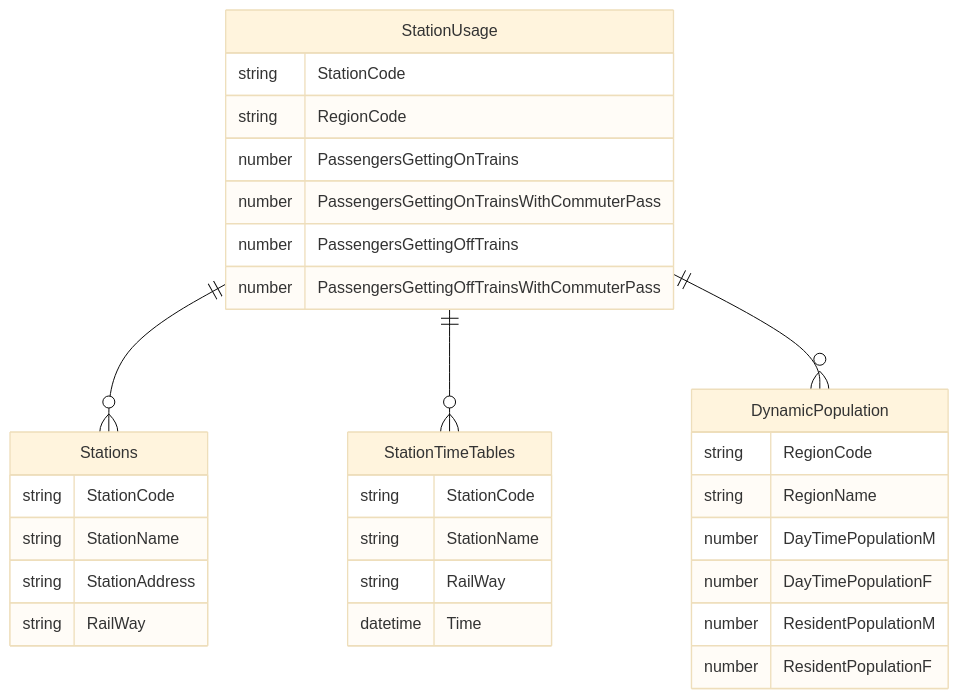
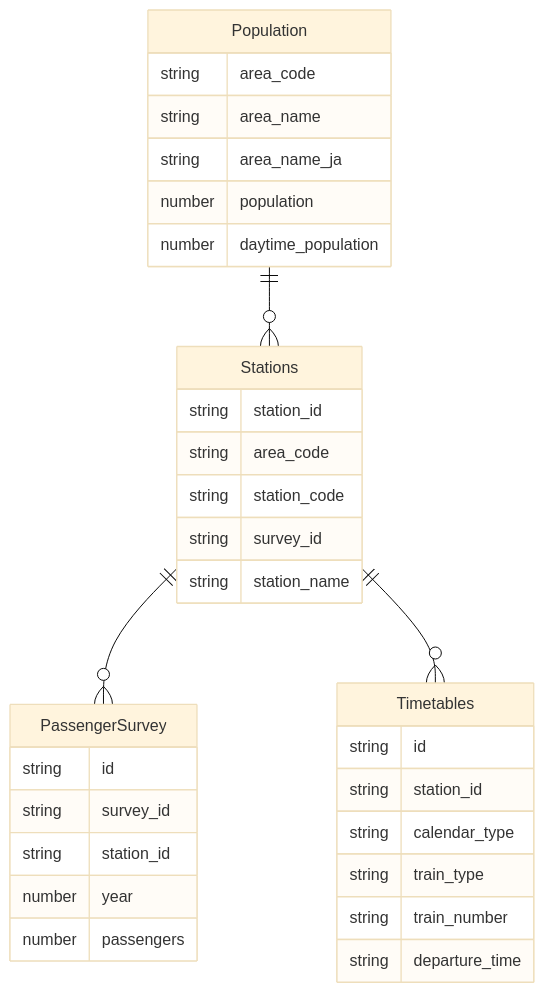
One commit to meih/nd027-capstone changed the diagram in README.md. Above: the diagram before and after it, drawn with Mermaid (base theme). The commit also changed other lines of this file, not shown here.

````diff
--- a/README.md
+++ b/README.md
@@ -96,39 +93,42 @@
 ```mermaid
 erDiagram
 
-StationUsage ||--o{ Stations: ""
-StationUsage ||--o{ StationTimeTables: ""
-StationUsage ||--o{ DynamicPopulation: ""
+Stations ||--o{ PassengerSurvey: ""
+Stations ||--o{ Timetables: ""
+Population ||--o{ Stations: ""
 
-StationUsage {
-  string StationCode
-	string RegionCode
-  number PassengersGettingOnTrains
-  number PassengersGettingOnTrainsWithCommuterPass
-  number PassengersGettingOffTrains
-  number PassengersGettingOffTrainsWithCommuterPass
+PassengerSurvey {
+  string id
+  string survey_id
+  string station_id
+  number year
+  number passengers
 }
 
 Stations {
-	string StationCode
-	string StationName
-  string StationAddress
-  string RailWay
+  string station_id
+  string area_code
+  string station_code
+  string survey_id
+  string station_name
 }
 
-StationTimeTables {
-	string StationCode
-	string StationName
-  string RailWay
-  datetime Time
+Population {
+  string area_code
+  string area_name
+  string area_name_ja
+  number population
+  number daytime_population
 }
 
-DynamicPopulation {
-	string RegionCode
-  string RegionName
-  number DayTimePopulationM
-  number DayTimePopulationF
-  number ResidentPopulationM
-  number ResidentPopulationF
+Timetables {
+  string id
+  string station_id
+  string calendar_type
+  string train_type
+  string train_number
+  string departure_time
 }
+
+
 ```
````
